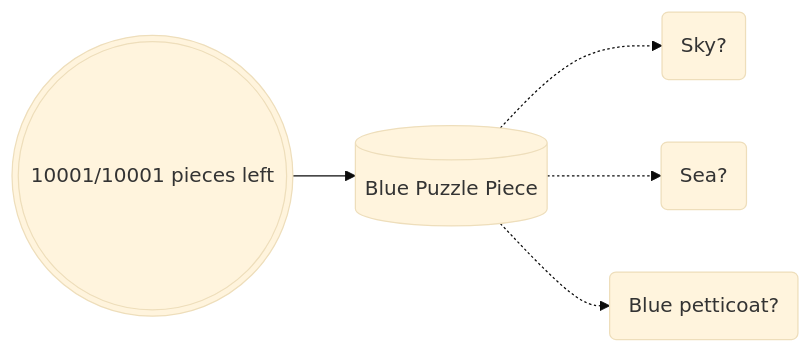
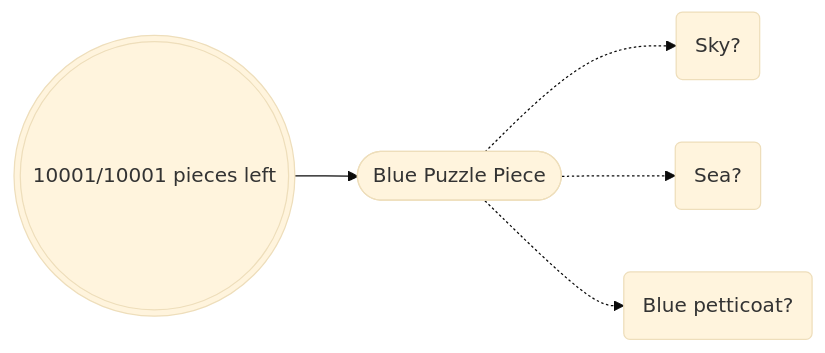
One commit to 198thread/lineup changed the first of 4 diagrams in README.md. Above: the diagram before and after it, drawn with Mermaid (base theme). The commit also changed other lines of this file, not shown here.

````diff
--- a/README.md
+++ b/README.md
@@ -13,7 +13,7 @@
 ```mermaid
 graph LR;
-    A(((10001/10001 pieces left))) --> B[(Blue Puzzle Piece)]
+    A(((10001/10001 pieces left))) --> B([Blue Puzzle Piece])
     B -.-> C(Sky?)
     B -.-> D(Sea?)
     B -.-> E(Blue petticoat?)
 ```
````
